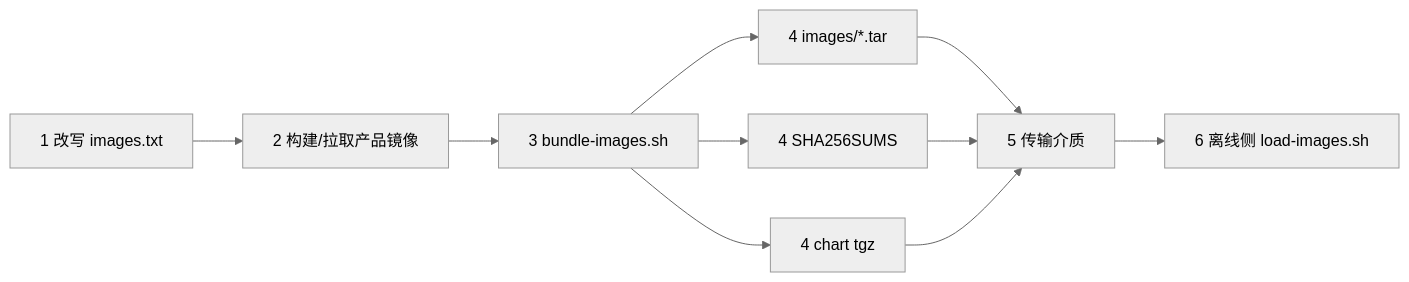
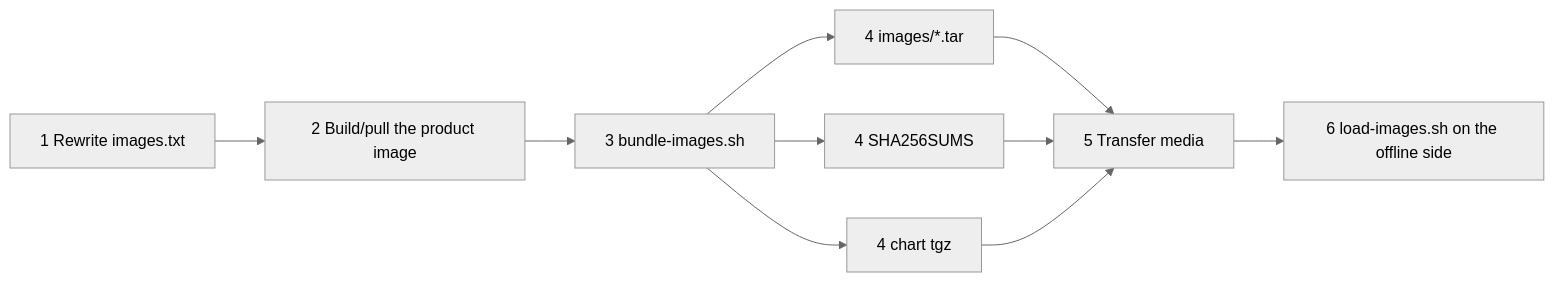
The diagram in docs/delivery/airgap-package.md (dolanshu/inhouse-ims-as), drawn with Mermaid (neutral theme) before and after one commit. The commit also changed other lines of this file and 186 other files, not shown here.

````diff
--- a/docs/delivery/airgap-package.md
+++ b/docs/delivery/airgap-package.md
@@ -63,12 +63,12 @@
 ```mermaid
 flowchart LR
-  A["1 改写 images.txt"] --> B["2 构建/拉取产品镜像"]
+  A["1 Rewrite images.txt"] --> B["2 Build/pull the product image"]
   B --> C["3 bundle-images.sh"]
   C --> D["4 images/*.tar"]
   C --> E["4 SHA256SUMS"]
   C --> F["4 chart tgz"]
-  D --> G["5 传输介质"]
+  D --> G["5 Transfer media"]
   E --> G
   F --> G
-  G --> H["6 离线侧 load-images.sh"]
+  G --> H["6 load-images.sh on the offline side"]
 ```
````
